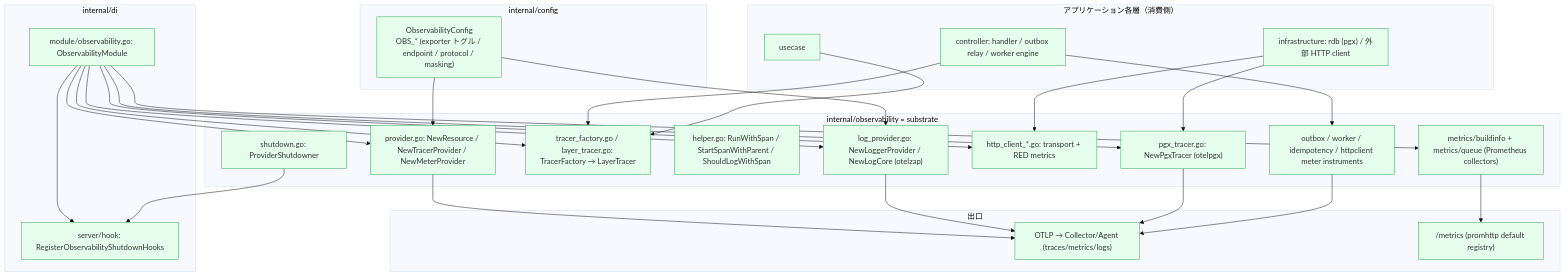
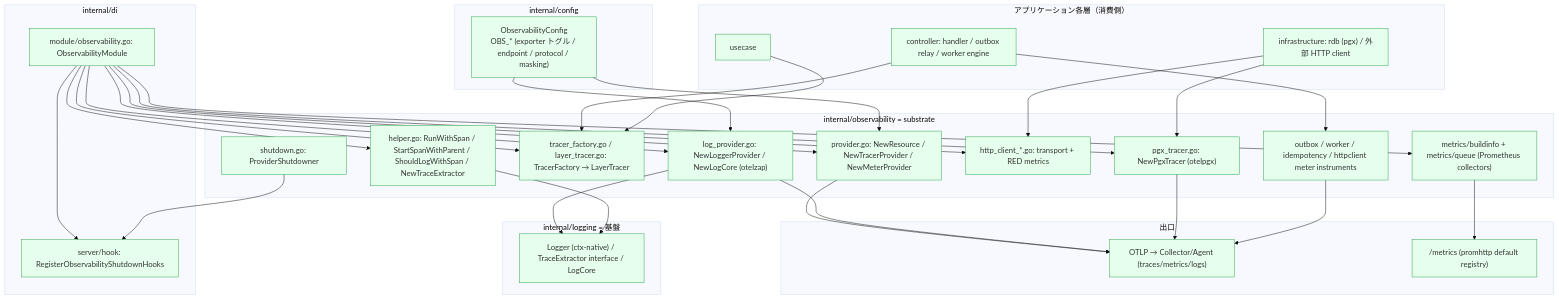
One commit to Tomy-ch/go-boilerplate changed the third of 4 diagrams in docs/ja/design/observability.ja.md. Above: the diagram before and after it, drawn with Mermaid (base theme). The commit also changed other lines of this file and 3 other files, not shown here.

First line of the commit message:
Docs: ADR-0059 と observability 設計図を ctx-native ロギングに追随

````diff
--- a/docs/ja/design/observability.ja.md
+++ b/docs/ja/design/observability.ja.md
@@ -89,54 +89,60 @@
 ```mermaid
 flowchart TD
     subgraph cfgL["internal/config"]
         OBSCFG["ObservabilityConfig<br/>OBS_* (exporter トグル / endpoint / protocol / masking)"]
     end
     subgraph obsL["internal/observability = substrate"]
         PROV["provider.go: NewResource / NewTracerProvider / NewMeterProvider"]
         LOGP["log_provider.go: NewLoggerProvider / NewLogCore (otelzap)"]
         TF["tracer_factory.go / layer_tracer.go: TracerFactory → LayerTracer"]
-        HELP["helper.go: RunWithSpan / StartSpanWithParent / ShouldLogWithSpan"]
+        HELP["helper.go: RunWithSpan / StartSpanWithParent / ShouldLogWithSpan / NewTraceExtractor"]
         PGX["pgx_tracer.go: NewPgxTracer (otelpgx)"]
         HC["http_client_*.go: transport + RED metrics"]
         MET["outbox / worker / idempotency / httpclient meter instruments"]
         PROM["metrics/buildinfo + metrics/queue (Prometheus collectors)"]
         SD["shutdown.go: ProviderShutdowner"]
     end
     subgraph diL["internal/di"]
         DIM["module/observability.go: ObservabilityModule"]
         HOOK["server/hook: RegisterObservabilityShutdownHooks"]
     end
     subgraph appL["アプリケーション各層（消費側）"]
         CTRL["controller: handler / outbox relay / worker engine"]
         UC["usecase"]
         INFRA["infrastructure: rdb (pgx) / 外部 HTTP client"]
     end
+    subgraph logL["internal/logging = 基盤"]
+        LOGGING["Logger (ctx-native) / TraceExtractor interface / LogCore"]
+    end
     subgraph exitL["出口"]
         OTLP["OTLP → Collector/Agent (traces/metrics/logs)"]
         SCRAPE["/metrics (promhttp default registry)"]
     end
 
     OBSCFG --> PROV
     OBSCFG --> LOGP
     DIM --> PROV
     DIM --> LOGP
     DIM --> TF
     DIM --> PGX
     DIM --> HC
     DIM --> PROM
     DIM --> HOOK
+    DIM --> HELP
     SD --> HOOK
+    LOGP --> LOGGING
+    HELP --> LOGGING
     CTRL --> TF
     UC --> TF
     INFRA --> PGX
     INFRA --> HC
     CTRL --> MET
     PROV --> OTLP
     LOGP --> OTLP
     PGX --> OTLP
     MET --> OTLP
     PROM --> SCRAPE
 
     classDef done fill:#e6ffed,stroke:#2da44e;
-    class OBSCFG,PROV,LOGP,TF,HELP,PGX,HC,MET,PROM,SD,DIM,HOOK,CTRL,UC,INFRA,OTLP,SCRAPE done;
+    class OBSCFG,PROV,LOGP,TF,HELP,PGX,HC,MET,PROM,SD,DIM,HOOK,CTRL,UC,INFRA,LOGGING,OTLP,SCRAPE done;
 ```
````
